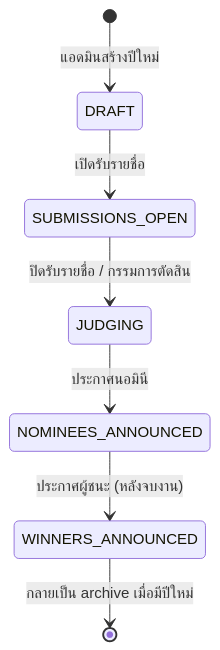
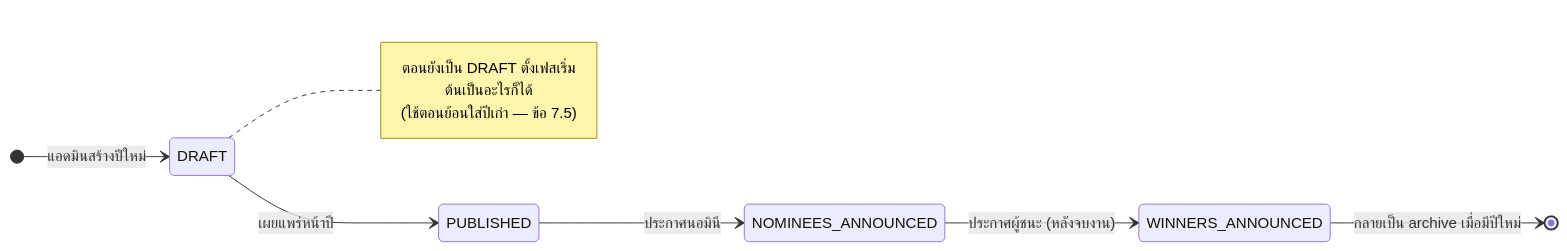
Before and after one commit to p-v1shnu/bizgital-muan-awards: the first of 3 diagrams in docs/muan-awards-prd.md, drawn with Mermaid. The commit also changed other lines of this file, not shown here.

````diff
--- a/docs/muan-awards-prd.md
+++ b/docs/muan-awards-prd.md
@@ -69,9 +76,13 @@
 ```mermaid
 stateDiagram-v2
+    direction LR
     [*] --> DRAFT : แอดมินสร้างปีใหม่
-    DRAFT --> SUBMISSIONS_OPEN : เปิดรับรายชื่อ
-    SUBMISSIONS_OPEN --> JUDGING : ปิดรับรายชื่อ / กรรมการตัดสิน
-    JUDGING --> NOMINEES_ANNOUNCED : ประกาศนอมินี
+    DRAFT --> PUBLISHED : เผยแพร่หน้าปี
+    PUBLISHED --> NOMINEES_ANNOUNCED : ประกาศนอมินี
     NOMINEES_ANNOUNCED --> WINNERS_ANNOUNCED : ประกาศผู้ชนะ (หลังจบงาน)
     WINNERS_ANNOUNCED --> [*] : กลายเป็น archive เมื่อมีปีใหม่
+    note right of DRAFT
+        ตอนยังเป็น DRAFT ตั้งเฟสเริ่มต้นเป็นอะไรก็ได้
+        (ใช้ตอนย้อนใส่ปีเก่า — ข้อ 7.5)
+    end note
 ```
````
